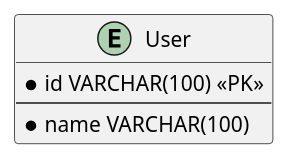
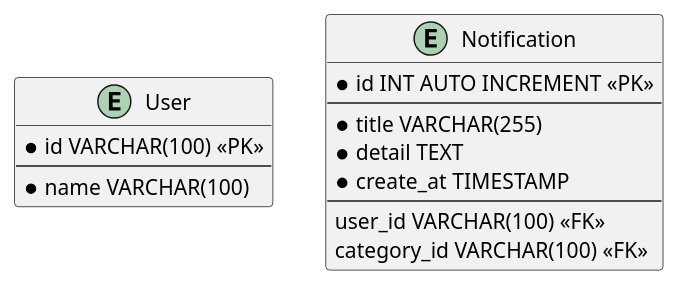
The diagram in notification.puml (fkresna23/database-design-notification), drawn with PlantUML before and after one commit. The commit also changed 1 other file, not shown here.

Commit message:
Design Database Notification

```diff
--- a/notification.puml
+++ b/notification.puml
@@ -1,11 +1,20 @@
 @startuml
 
 entity User {
     * id VARCHAR(100) <<PK>>
     --
     * name VARCHAR(100)
 }
 
-
+entity Notification {
+    * id INT AUTO INCREMENT <<PK>>
+    --
+    * title VARCHAR(255)
+    * detail TEXT
+    * create_at TIMESTAMP
+    --
+    user_id VARCHAR(100) <<FK>>
+    category_id VARCHAR(100) <<FK>>
+}
 
 @enduml
```
